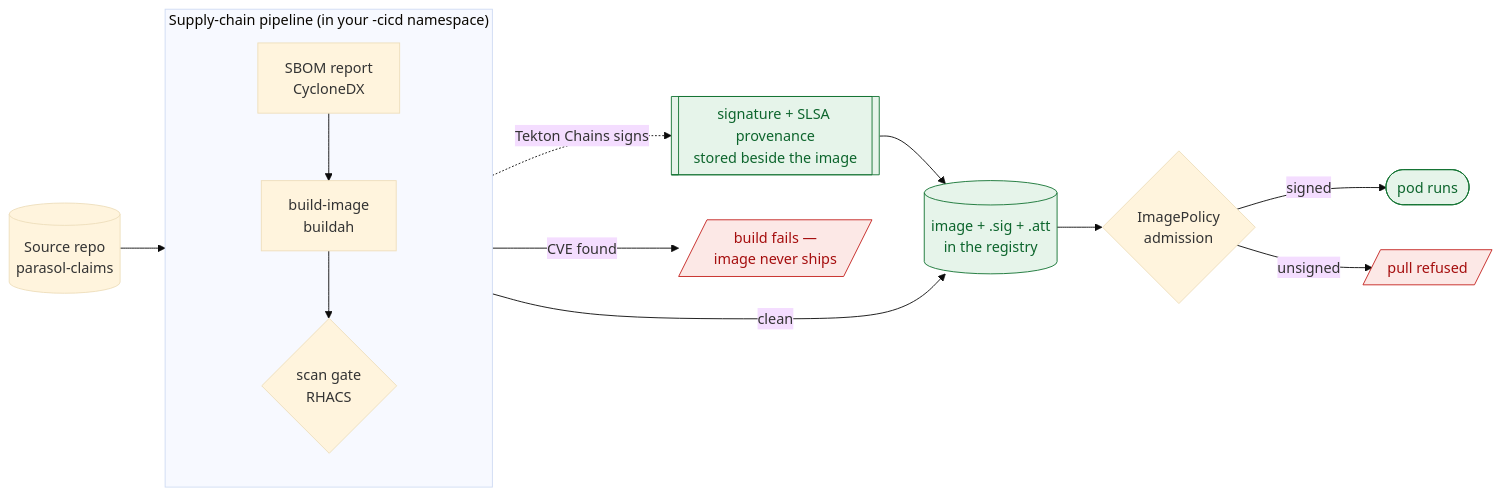
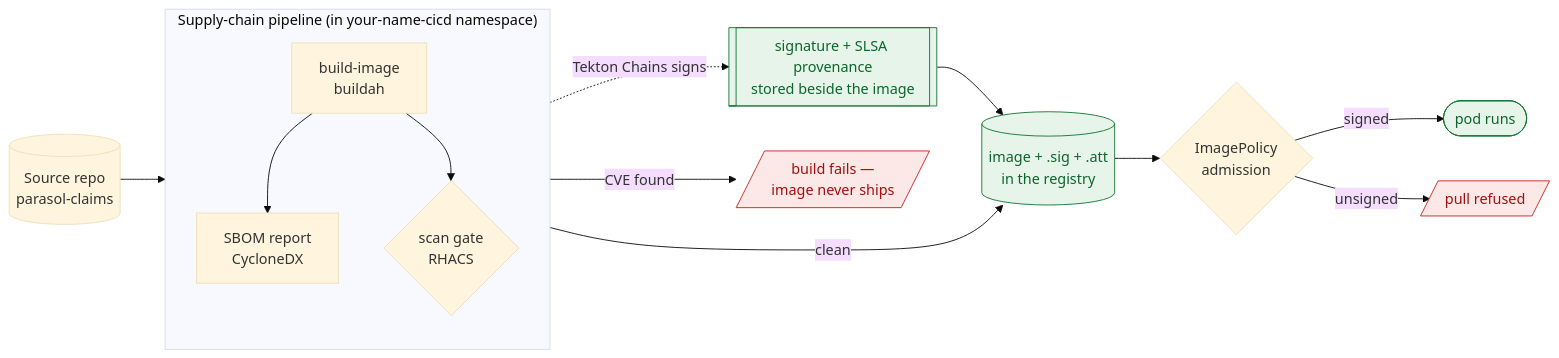
One commit to serhat-dirik/OCP-Getting-Started-Revamped changed the diagram in content/modules/ROOT/examples/diagrams/trusted-supply-chain/01-trust-triangle.mmd. Above: the diagram before and after it, drawn with Mermaid (base theme). The commit also changed 11 other files, not shown here.

First line of the commit message:
fix(content): convert the last diagrams to the house line-break and placeholder style

```diff
--- a/content/modules/ROOT/examples/diagrams/trusted-supply-chain/01-trust-triangle.mmd
+++ b/content/modules/ROOT/examples/diagrams/trusted-supply-chain/01-trust-triangle.mmd
@@ -1,18 +1,18 @@
 flowchart LR
-  SRC[(Source repo\nparasol-claims)] --> BUILD
-  subgraph PIPE["Supply-chain pipeline (in your -cicd namespace)"]
+  SRC[(Source repo<br/>parasol-claims)] --> BUILD
+  subgraph PIPE["Supply-chain pipeline (in your-name-cicd namespace)"]
     direction TB
-    SBOMT[SBOM report\nCycloneDX] --> BUILD[build-image\nbuildah]
-    BUILD --> SCAN{scan gate\nRHACS}
+    BUILD[build-image<br/>buildah] --> SBOMT[SBOM report<br/>CycloneDX]
+    BUILD --> SCAN{scan gate<br/>RHACS}
   end
-  BUILD -. Tekton Chains signs .-> SIG[[signature + SLSA provenance\nstored beside the image]]
-  SCAN -->|clean| REG[(image + .sig + .att\nin the registry)]
-  SCAN -->|CVE found| STOP[/build fails —\nimage never ships/]
+  BUILD -. Tekton Chains signs .-> SIG[[signature + SLSA provenance<br/>stored beside the image]]
+  SCAN -->|clean| REG[(image + .sig + .att<br/>in the registry)]
+  SCAN -->|CVE found| STOP[/build fails —<br/>image never ships/]
   SIG --> REG
-  REG --> ADM{ImagePolicy\nadmission}
+  REG --> ADM{ImagePolicy<br/>admission}
   ADM -->|signed| RUN([pod runs])
   ADM -->|unsigned| DENY[/pull refused/]
   classDef g fill:#e6f4ea,stroke:#137333,color:#0d652d;
   classDef r fill:#fce8e6,stroke:#c5221f,color:#a50e0e;
   class REG,RUN,SIG g;
   class STOP,DENY r;
```
